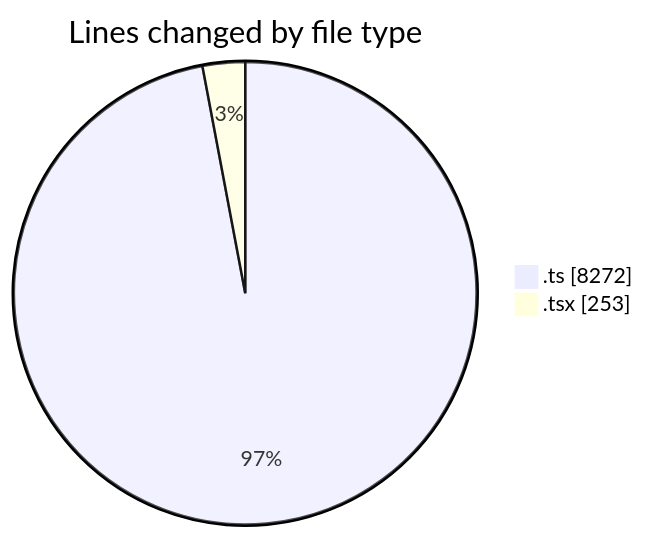
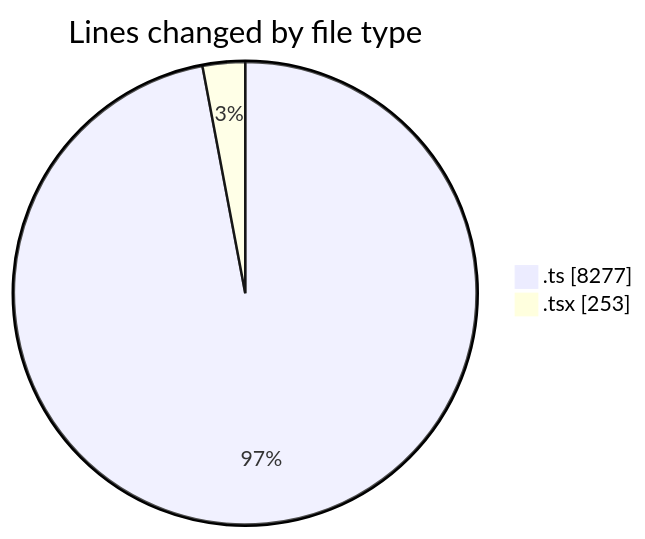
The first of 2 diagrams in 2025-07-14/cda/README.md (momahboobian/code-tracking), drawn with Mermaid before and after one commit. The commit also changed other lines of this file and 1 other file, not shown here.

````diff
--- a/2025-07-14/cda/README.md
+++ b/2025-07-14/cda/README.md
@@ -24,6 +24,6 @@
 ```mermaid
 pie showData
 title Lines changed by file type
-".ts" : 8272
+".ts" : 8277
 ".tsx" : 253
 ```
````
